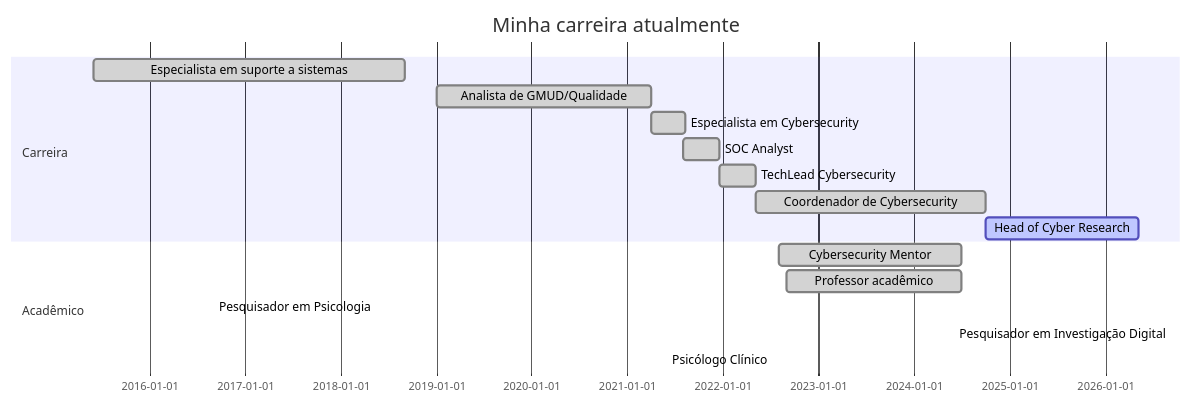
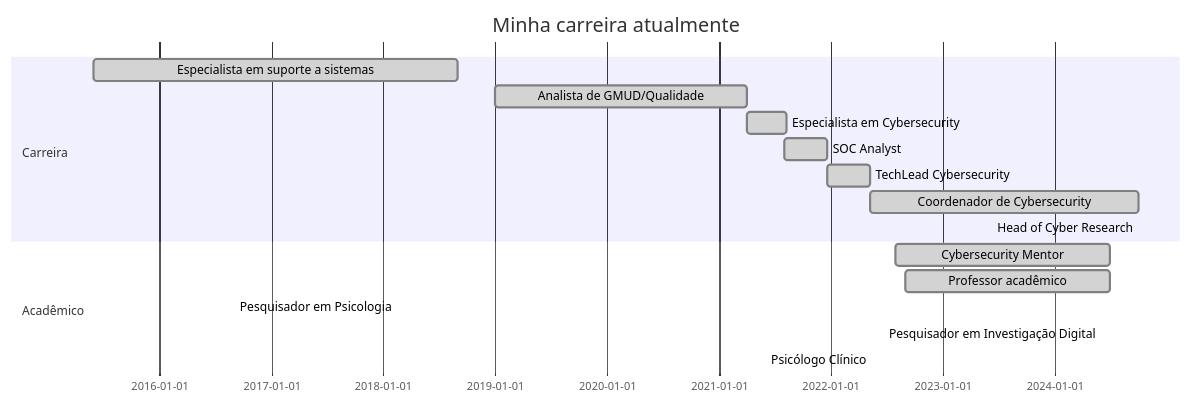
One commit to Ridd1kulusC0d3r/Ridd1kulusC0d3r changed the diagram in README.md. Above: the diagram before and after it, drawn with Mermaid.

````diff
--- a/README.md
+++ b/README.md
@@ -8,22 +8,22 @@
 ```mermaid
 
 gantt
 dateFormat  YYYY-MM-DD
 title Minha carreira atualmente
 
 section Carreira
 Especialista em suporte a sistemas       :done,    2015-06-01,2018-09-01
 Analista de GMUD/Qualidade               :done,    2019-01-01,2021-04-01
 Especialista em Cybersecurity            :done,    2021-04-01,2021-08-10
 SOC Analyst                              :done,    2021-08-01,2021-12-20
 TechLead Cybersecurity                   :done,    2021-12-20,2022-05-08
 Coordenador de Cybersecurity             :done,    2022-05-08,2024-10-01
-Head of Cyber Research                   :active,  2024-10-01, 2026-05-08
+Head of Cyber Research                   :active,  2024-10-01,
 
 section Acadêmico
 Cybersecurity Mentor                     :done,    2022-08-01,2024-06-30
 Professor acadêmico                      :done,    2022-09-01,2024-06-30
 Pesquisador em Psicologia                :active,  2016-09-01, 
 Pesquisador em Investigação Digital      :active,  2024-06-01, 
 Psicólogo Clínico                        :active,  2021-06-01, 
 ```
````
